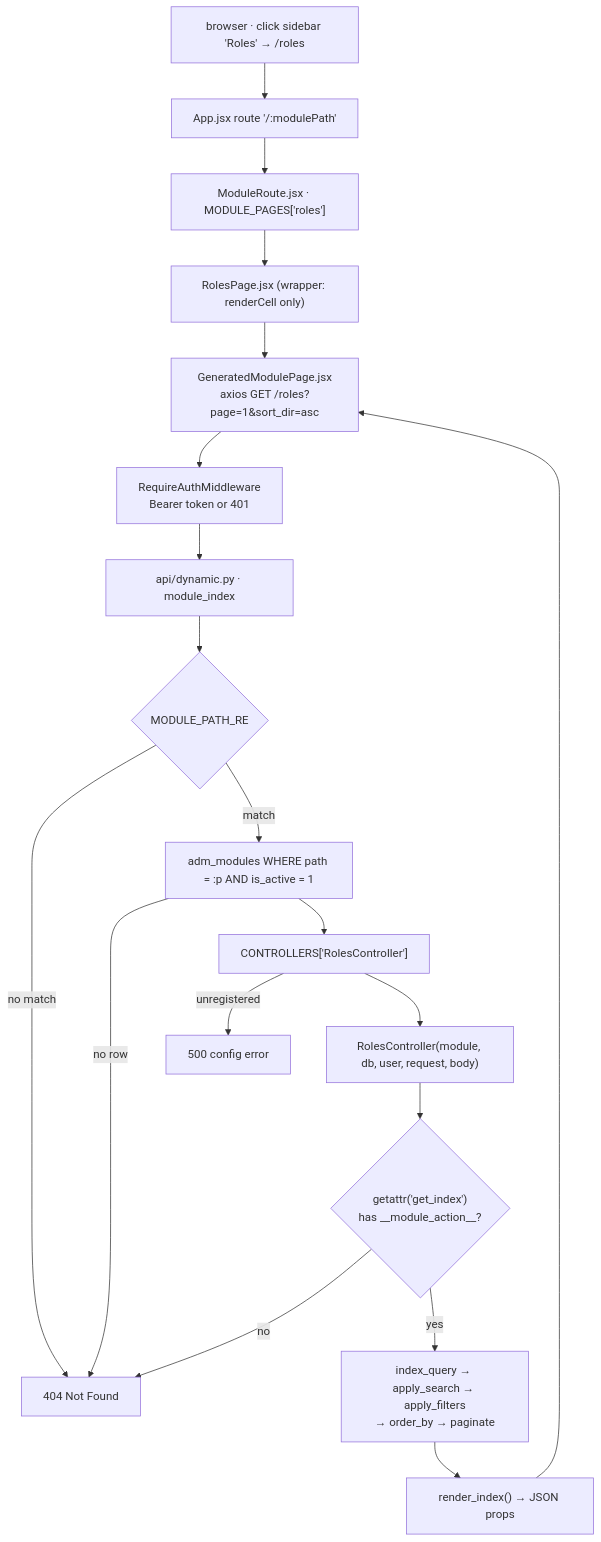
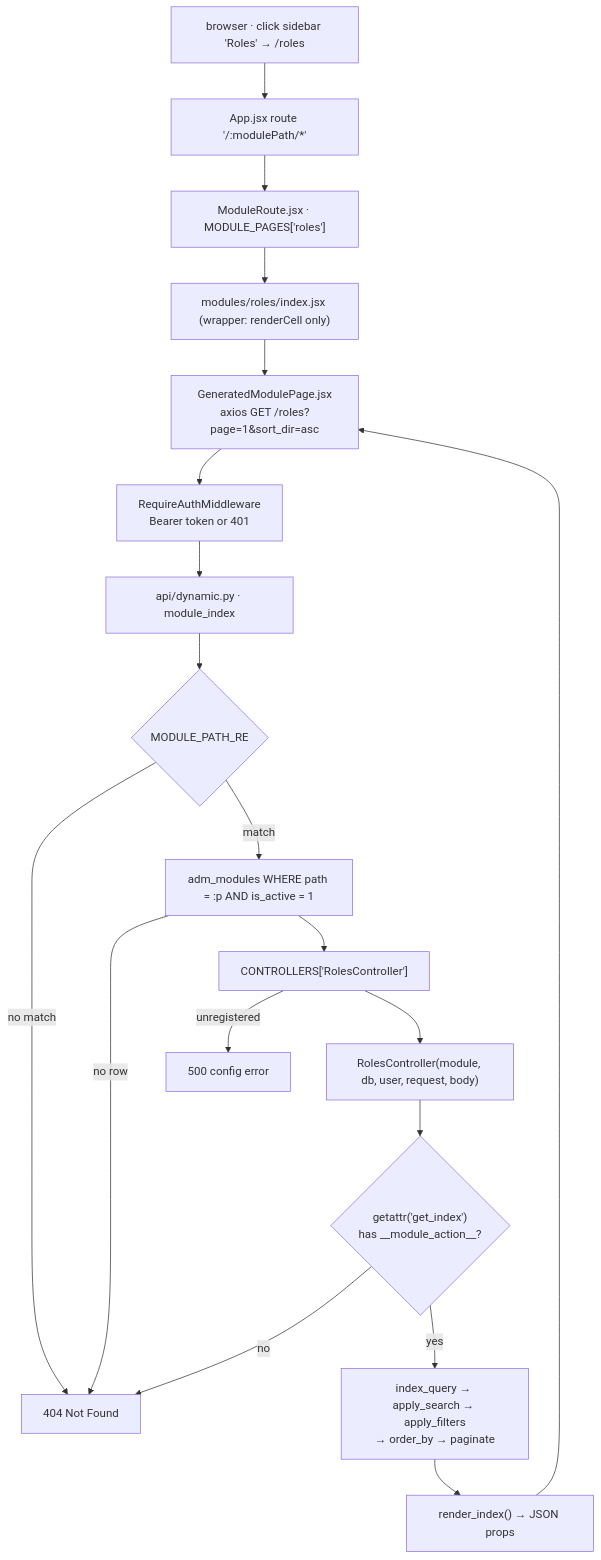
One commit to MarvinMosiCoder/vram-py changed the diagram in docs/MODULES.md. Above: the diagram before and after it, drawn with Mermaid. The commit also changed other lines of this file and 13 other files, not shown here.

````diff
--- a/docs/MODULES.md
+++ b/docs/MODULES.md
@@ -35,21 +35,21 @@
 ```mermaid
 flowchart TB
-    A["browser · click sidebar 'Roles' → /roles"] --> B["App.jsx route '/:modulePath'"]
+    A["browser · click sidebar 'Roles' → /roles"] --> B["App.jsx route '/:modulePath/*'"]
     B --> C["ModuleRoute.jsx · MODULE_PAGES['roles']"]
-    C --> D["RolesPage.jsx (wrapper: renderCell only)"]
+    C --> D["modules/roles/index.jsx (wrapper: renderCell only)"]
     D --> E["GeneratedModulePage.jsx<br/>axios GET /roles?page=1&sort_dir=asc"]
     E --> F["RequireAuthMiddleware<br/>Bearer token or 401"]
     F --> G["api/dynamic.py · module_index"]
     G --> H{"MODULE_PATH_RE"}
     H -- no match --> X404["404 Not Found"]
     H -- match --> I["adm_modules WHERE path = :p AND is_active = 1"]
     I -- no row --> X404
     I --> J["CONTROLLERS['RolesController']"]
     J -- unregistered --> X500["500 config error"]
     J --> K["RolesController(module, db, user, request, body)"]
     K --> L{"getattr('get_index')<br/>has __module_action__?"}
     L -- no --> X404
     L -- yes --> M["index_query → apply_search → apply_filters<br/>→ order_by → paginate"]
     M --> N["render_index() → JSON props"]
     N --> E
 ```
````
